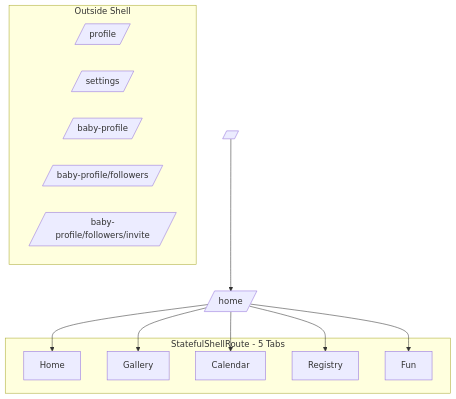
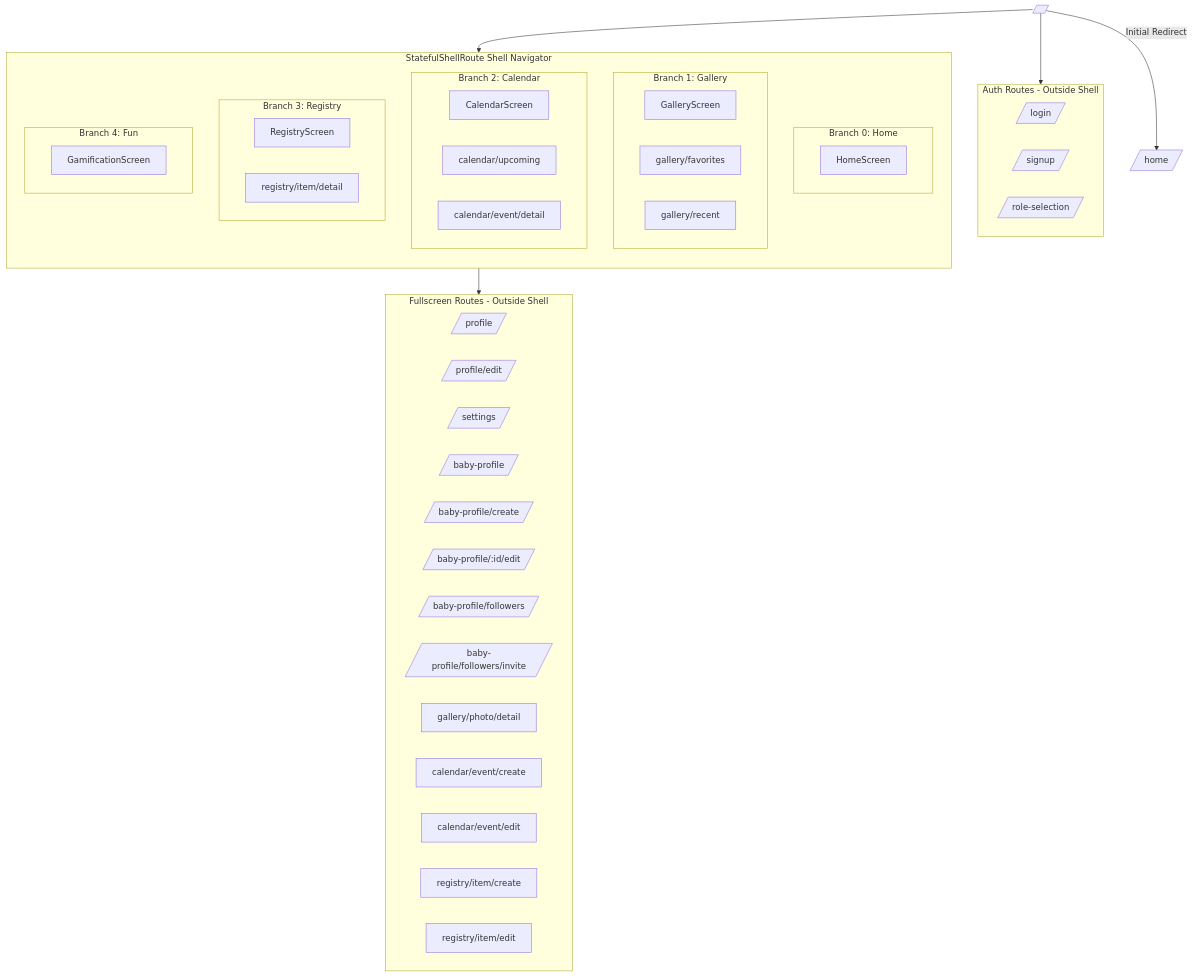
One commit to dipan0saha/nonna_app changed the third of 7 diagrams in docs/99_master_reference_docs/Nonna_App_Architecture_Diagrams.md. Above: the diagram before and after it, drawn with Mermaid. The commit also changed other lines of this file and 5 other files, not shown here.

````diff
--- a/docs/99_master_reference_docs/Nonna_App_Architecture_Diagrams.md
+++ b/docs/99_master_reference_docs/Nonna_App_Architecture_Diagrams.md
@@ -78,26 +90,60 @@
 ```mermaid
 flowchart TD
-  Root[/ /] --> Home[/home/]
+  Root[/ /] -->|Initial Redirect| Home[/home/]
 
-  subgraph Shell[StatefulShellRoute - 5 Tabs]
-    HomeTab[Home]
-    GalleryTab[Gallery]
-    CalendarTab[Calendar]
-    RegistryTab[Registry]
-    FunTab[Fun]
+  subgraph AuthRoutes[Auth Routes - Outside Shell]
+    Login[/login/]
+    Signup[/signup/]
+    RoleSelect[/role-selection/]
   end
 
-  Home --> HomeTab
-  Home --> GalleryTab
-  Home --> CalendarTab
-  Home --> RegistryTab
-  Home --> FunTab
+  subgraph Shell[StatefulShellRoute Shell Navigator]
+    direction TB
+    
+    subgraph BranchHome[Branch 0: Home]
+      HomeTab[HomeScreen]
+    end
+    
+    subgraph BranchGallery[Branch 1: Gallery]
+      GalleryTab[GalleryScreen]
+      GalleryFavs[gallery/favorites]
+      GalleryRecent[gallery/recent]
+    end
+    
+    subgraph BranchCalendar[Branch 2: Calendar]
+      CalendarTab[CalendarScreen]
+      CalendarUpcoming[calendar/upcoming]
+      CalendarDetail[calendar/event/detail]
+    end
+    
+    subgraph BranchRegistry[Branch 3: Registry]
+      RegistryTab[RegistryScreen]
+      RegistryDetail[registry/item/detail]
+    end
+    
+    subgraph BranchFun[Branch 4: Fun]
+      FunTab[GamificationScreen]
+    end
+  end
 
-  subgraph Fullscreen[Outside Shell]
+  subgraph Fullscreen[Fullscreen Routes - Outside Shell]
     Profile[/profile/]
+    ProfileEdit[/profile/edit/]
     Settings[/settings/]
     BabyProfile[/baby-profile/]
+    BabyProfileCreate[/baby-profile/create/]
+    BabyProfileEdit[/baby-profile/:id/edit/]
     Followers[/baby-profile/followers/]
     Invite[/baby-profile/followers/invite/]
+    
+    DetailEscapes[gallery/photo/detail]
+    CreateEvent[calendar/event/create]
+    EditEvent[calendar/event/edit]
+    CreateRegistry[registry/item/create]
+    EditRegistry[registry/item/edit]
   end
+
+  Root --> AuthRoutes
+  Root --> Shell
+  Shell --> Fullscreen
 ```
````
